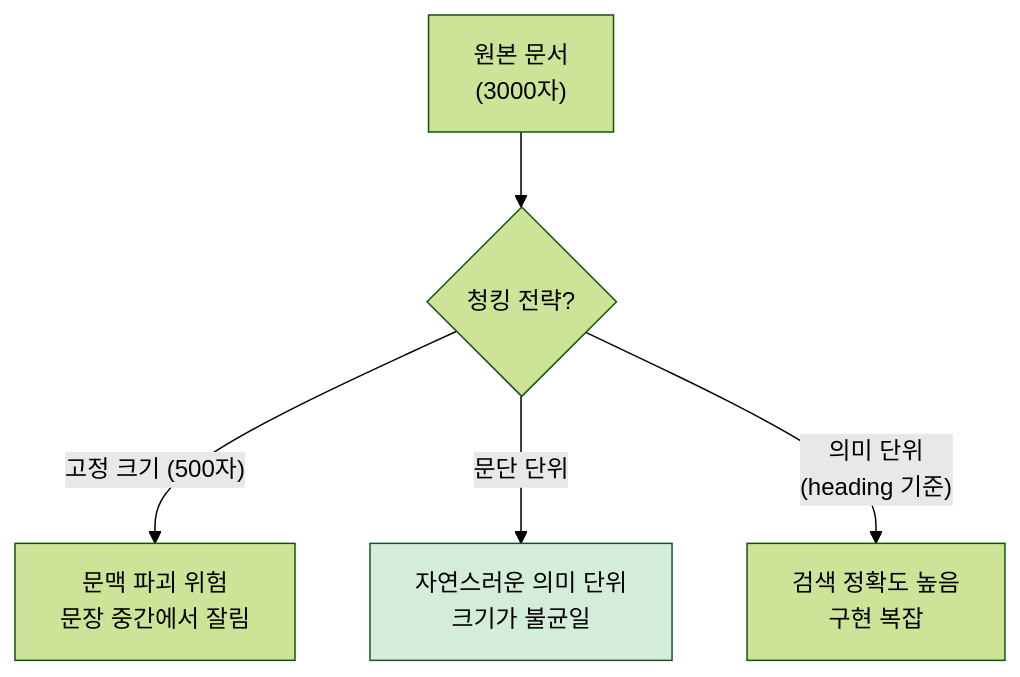
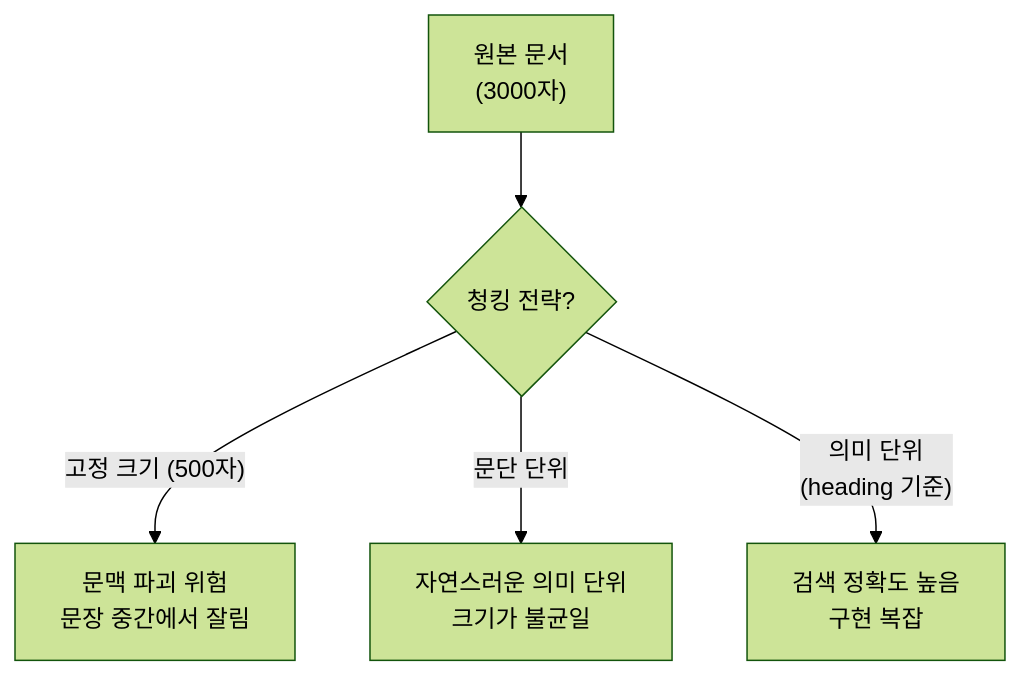
One commit to Gyubster/til changed the third of 4 diagrams in _posts/2026-04-20-rag-파이프라인-구축기-벡터-검색으로-사내-문서-검색-만들기.md. Above: the diagram before and after it, drawn with Mermaid (forest theme). The commit also changed 13 other files, not shown here.

Commit message:
Mermaid 렌더링 수정: subgraph style 명령 제거

````diff
--- a/_posts/2026-04-20-rag-파이프라인-구축기-벡터-검색으로-사내-문서-검색-만들기.md
+++ b/_posts/2026-04-20-rag-파이프라인-구축기-벡터-검색으로-사내-문서-검색-만들기.md
@@ -77,8 +77,7 @@
 ```mermaid
 flowchart TD
     A["원본 문서<br>(3000자)"] --> B{"청킹 전략?"}
     B -->|"고정 크기 (500자)"| C["문맥 파괴 위험<br>문장 중간에서 잘림"]
     B -->|"문단 단위"| D["자연스러운 의미 단위<br>크기가 불균일"]
     B -->|"의미 단위<br>(heading 기준)"| E["검색 정확도 높음<br>구현 복잡"]
-    style D fill:#d4edda,stroke:#155724
 ```
````
